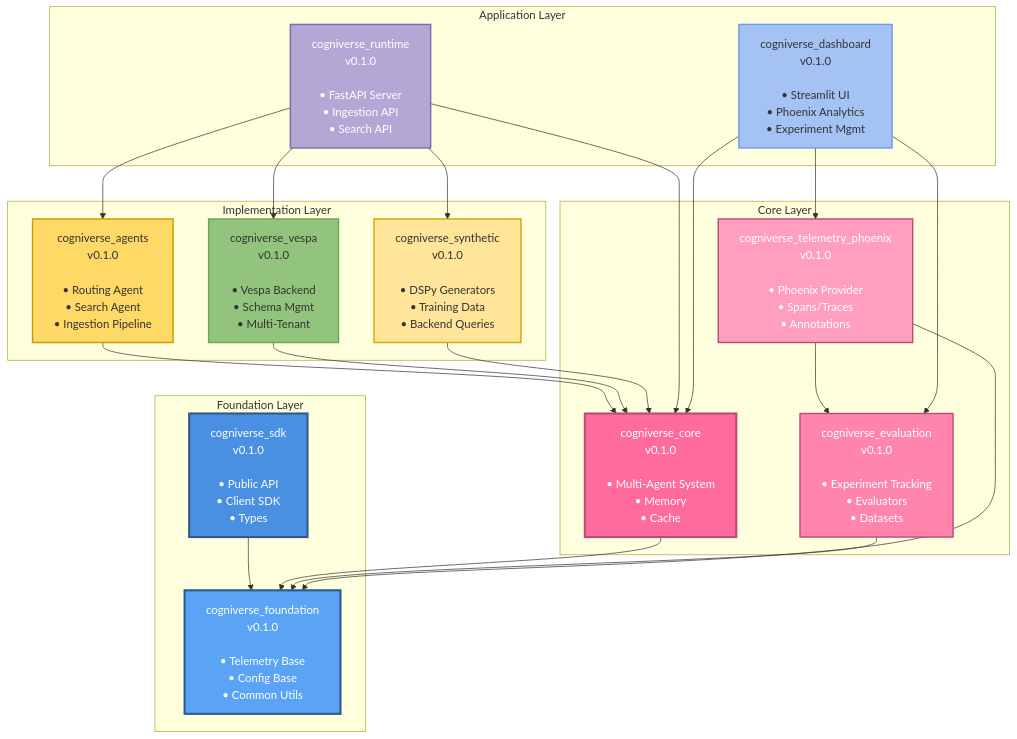
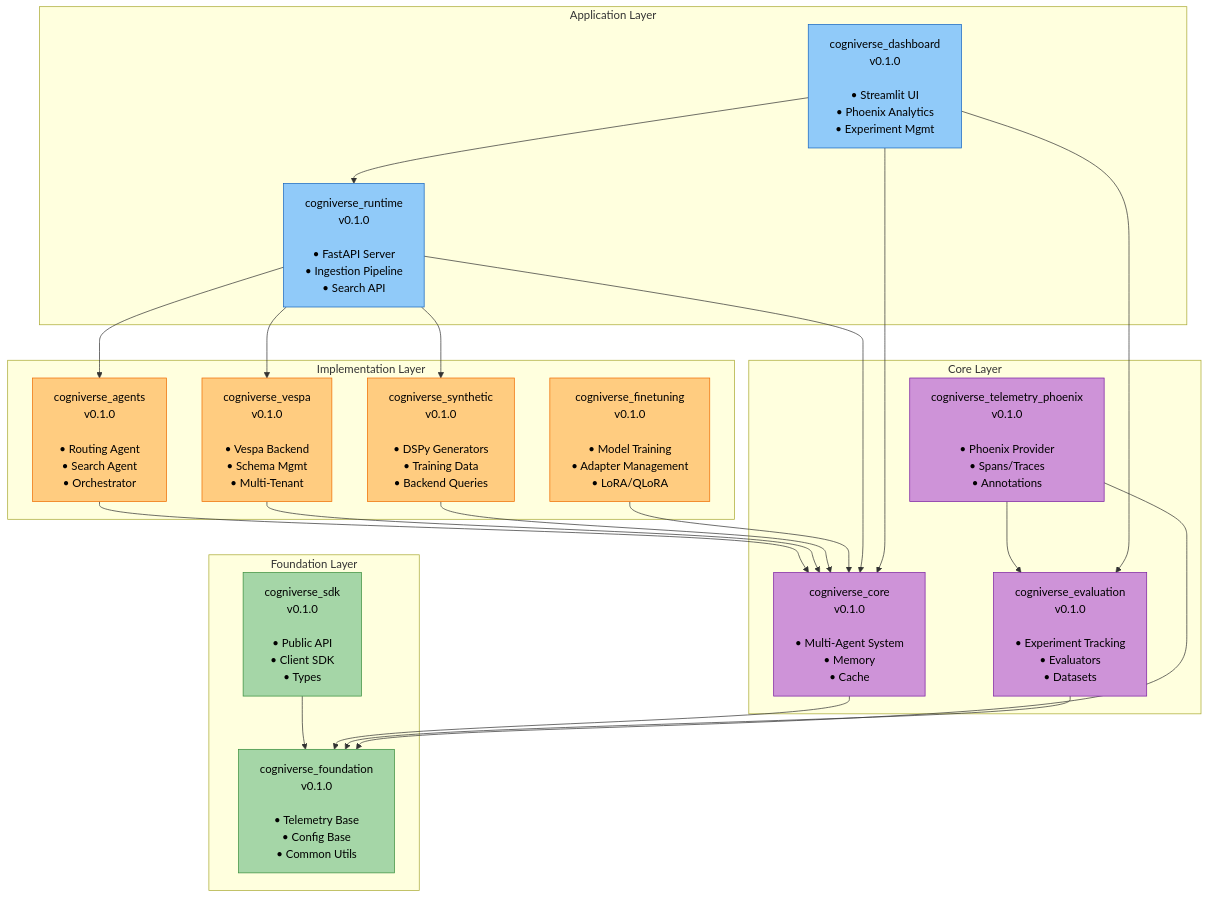
One commit to amit-jain/cogniverse changed the first of 17 diagrams in docs/diagrams/sdk-architecture-diagrams.md. Above: the diagram before and after it, drawn with Mermaid. The commit also changed other lines of this file and 83 other files, not shown here.

First line of the commit message:
Fix documentation veracity, formatting, and diagrams across all modules

````diff
--- a/docs/diagrams/sdk-architecture-diagrams.md
+++ b/docs/diagrams/sdk-architecture-diagrams.md
@@ -21,65 +17,68 @@
 ```mermaid
-graph TB
+flowchart TB
     subgraph "Foundation Layer"
-        SDK[cogniverse_sdk<br/>v0.1.0<br/><br/>• Public API<br/>• Client SDK<br/>• Types]
-        Foundation[cogniverse_foundation<br/>v0.1.0<br/><br/>• Telemetry Base<br/>• Config Base<br/>• Common Utils]
+        SDK["<span style='color:#000'>cogniverse_sdk<br/>v0.1.0<br/><br/>• Public API<br/>• Client SDK<br/>• Types</span>"]
+        Foundation["<span style='color:#000'>cogniverse_foundation<br/>v0.1.0<br/><br/>• Telemetry Base<br/>• Config Base<br/>• Common Utils</span>"]
     end
 
     subgraph "Core Layer"
-        Core[cogniverse_core<br/>v0.1.0<br/><br/>• Multi-Agent System<br/>• Memory<br/>• Cache]
-        Evaluation[cogniverse_evaluation<br/>v0.1.0<br/><br/>• Experiment Tracking<br/>• Evaluators<br/>• Datasets]
-        Phoenix[cogniverse_telemetry_phoenix<br/>v0.1.0<br/><br/>• Phoenix Provider<br/>• Spans/Traces<br/>• Annotations]
+        Core["<span style='color:#000'>cogniverse_core<br/>v0.1.0<br/><br/>• Multi-Agent System<br/>• Memory<br/>• Cache</span>"]
+        Evaluation["<span style='color:#000'>cogniverse_evaluation<br/>v0.1.0<br/><br/>• Experiment Tracking<br/>• Evaluators<br/>• Datasets</span>"]
+        Phoenix["<span style='color:#000'>cogniverse_telemetry_phoenix<br/>v0.1.0<br/><br/>• Phoenix Provider<br/>• Spans/Traces<br/>• Annotations</span>"]
     end
 
     subgraph "Implementation Layer"
-        Agents[cogniverse_agents<br/>v0.1.0<br/><br/>• Routing Agent<br/>• Search Agent<br/>• Ingestion Pipeline]
-        Vespa[cogniverse_vespa<br/>v0.1.0<br/><br/>• Vespa Backend<br/>• Schema Mgmt<br/>• Multi-Tenant]
-        Synthetic[cogniverse_synthetic<br/>v0.1.0<br/><br/>• DSPy Generators<br/>• Training Data<br/>• Backend Queries]
+        Agents["<span style='color:#000'>cogniverse_agents<br/>v0.1.0<br/><br/>• Routing Agent<br/>• Search Agent<br/>• Orchestrator</span>"]
+        Vespa["<span style='color:#000'>cogniverse_vespa<br/>v0.1.0<br/><br/>• Vespa Backend<br/>• Schema Mgmt<br/>• Multi-Tenant</span>"]
+        Synthetic["<span style='color:#000'>cogniverse_synthetic<br/>v0.1.0<br/><br/>• DSPy Generators<br/>• Training Data<br/>• Backend Queries</span>"]
+        Finetuning["<span style='color:#000'>cogniverse_finetuning<br/>v0.1.0<br/><br/>• Model Training<br/>• Adapter Management<br/>• LoRA/QLoRA</span>"]
     end
 
     subgraph "Application Layer"
-        Runtime[cogniverse_runtime<br/>v0.1.0<br/><br/>• FastAPI Server<br/>• Ingestion API<br/>• Search API]
-        Dashboard[cogniverse_dashboard<br/>v0.1.0<br/><br/>• Streamlit UI<br/>• Phoenix Analytics<br/>• Experiment Mgmt]
+        Runtime["<span style='color:#000'>cogniverse_runtime<br/>v0.1.0<br/><br/>• FastAPI Server<br/>• Ingestion Pipeline<br/>• Search API</span>"]
+        Dashboard["<span style='color:#000'>cogniverse_dashboard<br/>v0.1.0<br/><br/>• Streamlit UI<br/>• Phoenix Analytics<br/>• Experiment Mgmt</span>"]
     end
 
     %% Foundation Layer dependencies
     SDK --> Foundation
 
     %% Core Layer dependencies
     Core --> Foundation
     Evaluation --> Foundation
     Phoenix --> Foundation
     Phoenix --> Evaluation
 
     %% Implementation Layer dependencies
     Agents --> Core
     Vespa --> Core
     Synthetic --> Core
+    Finetuning --> Core
 
     %% Application Layer dependencies
     Runtime --> Core
     Runtime --> Agents
     Runtime --> Vespa
     Runtime --> Synthetic
     Dashboard --> Core
     Dashboard --> Evaluation
-    Dashboard --> Phoenix
+    Dashboard --> Runtime
 
-    %% Styling - Foundation Layer (blue)
-    style SDK fill:#4A90E2,stroke:#2E5C8A,stroke-width:3px,color:#fff
-    style Foundation fill:#5BA3F5,stroke:#2E5C8A,stroke-width:3px,color:#fff
+    %% Styling - Foundation Layer (green)
+    style SDK fill:#a5d6a7,stroke:#388e3c,color:#000
+    style Foundation fill:#a5d6a7,stroke:#388e3c,color:#000
 
-    %% Styling - Core Layer (pink)
-    style Core fill:#FF6B9D,stroke:#C1487A,stroke-width:3px,color:#fff
-    style Evaluation fill:#FF85AD,stroke:#C1487A,stroke-width:2px,color:#fff
-    style Phoenix fill:#FF9FBD,stroke:#C1487A,stroke-width:2px,color:#fff
+    %% Styling - Core Layer (purple)
+    style Core fill:#ce93d8,stroke:#7b1fa2,color:#000
+    style Evaluation fill:#ce93d8,stroke:#7b1fa2,color:#000
+    style Phoenix fill:#ce93d8,stroke:#7b1fa2,color:#000
 
-    %% Styling - Implementation Layer (yellow/green)
-    style Agents fill:#FFD966,stroke:#CC9900,stroke-width:2px
-    style Vespa fill:#93C47D,stroke:#6AA84F,stroke-width:2px
-    style Synthetic fill:#FFE599,stroke:#D9A300,stroke-width:2px
+    %% Styling - Implementation Layer (orange)
+    style Agents fill:#ffcc80,stroke:#ef6c00,color:#000
+    style Vespa fill:#ffcc80,stroke:#ef6c00,color:#000
+    style Synthetic fill:#ffcc80,stroke:#ef6c00,color:#000
+    style Finetuning fill:#ffcc80,stroke:#ef6c00,color:#000
 
-    %% Styling - Application Layer (light blue/purple)
-    style Runtime fill:#B4A7D6,stroke:#7E6BAD,stroke-width:2px,color:#fff
-    style Dashboard fill:#A4C2F4,stroke:#6D9EEB,stroke-width:2px
+    %% Styling - Application Layer (blue)
+    style Runtime fill:#90caf9,stroke:#1565c0,color:#000
+    style Dashboard fill:#90caf9,stroke:#1565c0,color:#000
 ```
````
